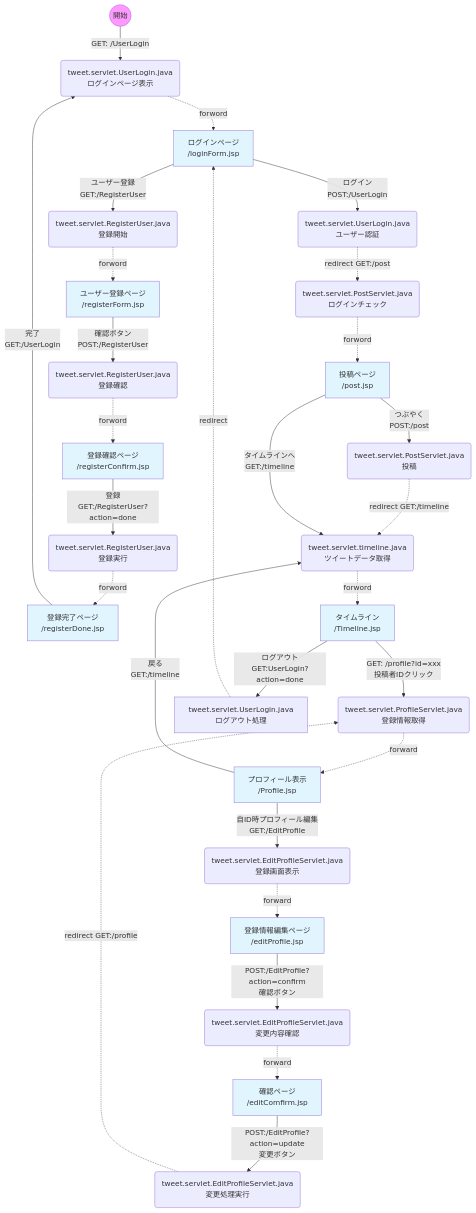
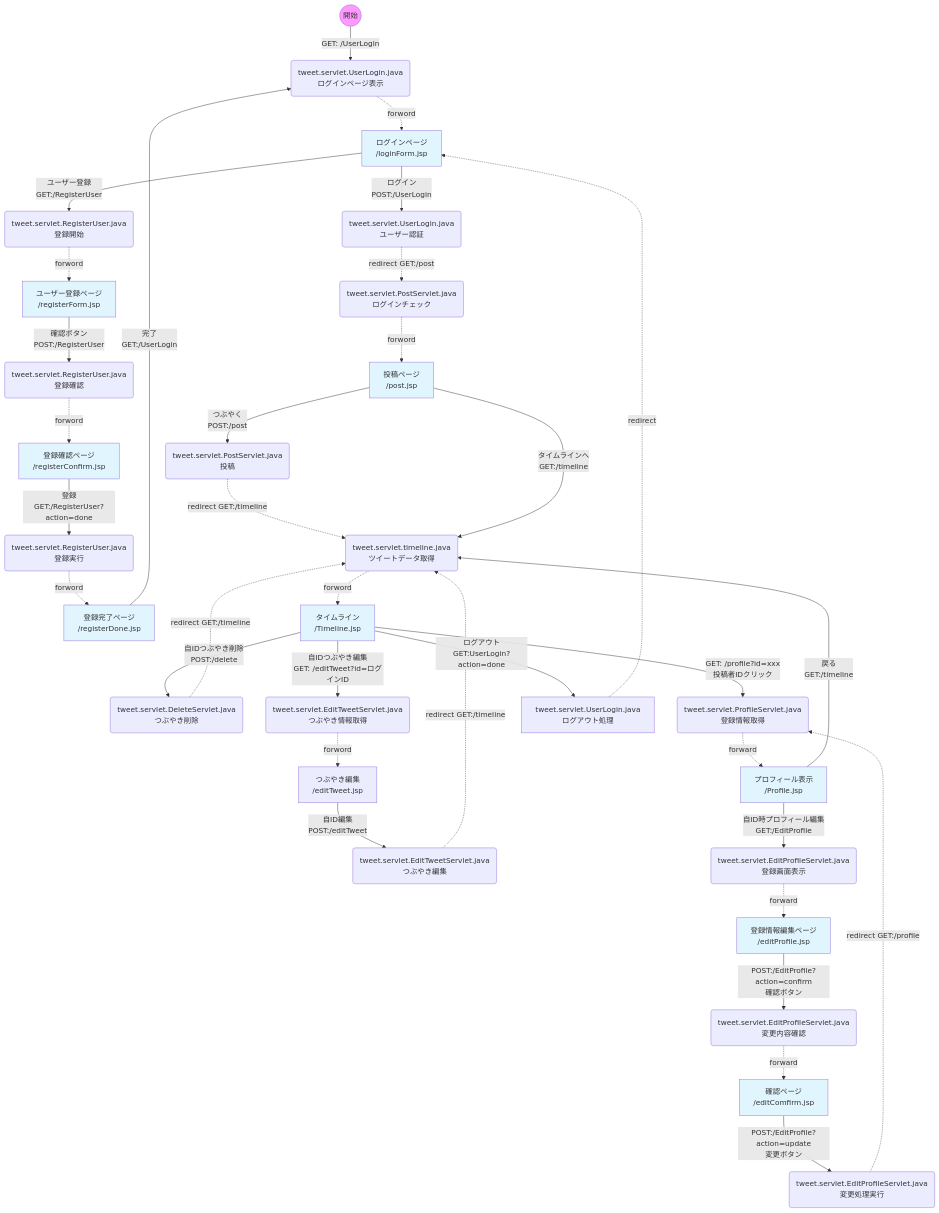
Before and after one commit to LineTeo/MapTweet: the second of 2 diagrams in README.md, drawn with Mermaid. The commit also changed other lines of this file, not shown here.

````diff
--- a/README.md
+++ b/README.md
@@ -163,49 +154,55 @@
 ```mermaid
 graph TD
-    %% 認証・登録フロー
-    Start((開始)) -->|GET: /UserLogin|login1(tweet.servlet.UserLogin.java<br/>ログインページ表示) 
-    login1-.->|forword|Login[ログインページ<br/>/loginForm.jsp]
-    Login -->|ユーザー登録<br/>GET:/RegisterUser|register1(tweet.servlet.RegisterUser.java<br/>登録開始)
-    register1 -.->|forword|Register[ユーザー登録ページ<br/>/registerForm.jsp]
-    Register -->|確認ボタン<br/>POST:/RegisterUser|register2(tweet.servlet.RegisterUser.java<br/>登録確認)
-    register2 -.->|forword|RegConfirm[登録確認ページ<br/>/registerConfirm.jsp]
-    RegConfirm -->|登録<br/>GET:/RegisterUser?action=done|register3(tweet.servlet.RegisterUser.java<br/>登録実行)
-    register3 -.->|forword|RegComplete[登録完了ページ<br/>/registerDone.jsp]
-    RegComplete -->|完了<br/>GET:/UserLogin| login1
-    Login -->|ログイン<br/>POST:/UserLogin|login2(tweet.servlet.UserLogin.java<br/>ユーザー認証)
-    login2-.->|redirect GET:/post|post1(tweet.servlet.PostServlet.java<br/>ログインチェック)
+%% 認証・登録フロー
+Start((開始)) -->|GET: /UserLogin|login1(tweet.servlet.UserLogin.java<br/>ログインページ表示)
+login1-.->|forword|Login[ログインページ<br/>/loginForm.jsp]
+Login -->|ユーザー登録<br/>GET:/RegisterUser|register1(tweet.servlet.RegisterUser.java<br/>登録開始)
+register1 -.->|forword|Register[ユーザー登録ページ<br/>/registerForm.jsp]
+Register -->|確認ボタン<br/>POST:/RegisterUser|register2(tweet.servlet.RegisterUser.java<br/>登録確認)
+register2 -.->|forword|RegConfirm[登録確認ページ<br/>/registerConfirm.jsp]
+RegConfirm -->|登録<br/>GET:/RegisterUser?action=done|register3(tweet.servlet.RegisterUser.java<br/>登録実行)
+register3 -.->|forword|RegComplete[登録完了ページ<br/>/registerDone.jsp]
+RegComplete -->|完了<br/>GET:/UserLogin| login1
+Login -->|ログイン<br/>POST:/UserLogin|login2(tweet.servlet.UserLogin.java<br/>ユーザー認証)
+login2-.->|redirect GET:/post|post1(tweet.servlet.PostServlet.java<br/>ログインチェック)
 
-    %% メイン機能
-    post1-.->|forword|Main[投稿ページ<br/>/post.jsp]
-    Main -->|つぶやく<br/>POST:/post|post2(tweet.servlet.PostServlet.java<br/>投稿)
-    post2-.->|redirect GET:/timeline|timeline
-    Main -->|タイムラインへ<br/>GET:/timeline|timeline(tweet.servlet.timeline.java<br/>ツイートデータ取得)
-    timeline-.->|forword|Timeline[タイムライン<br/>/Timeline.jsp]
+%% メイン機能
+post1-.->|forword|Main[投稿ページ<br/>/post.jsp]
+Main -->|つぶやく<br/>POST:/post|post2(tweet.servlet.PostServlet.java<br/>投稿)
+post2-.->|redirect GET:/timeline|timeline
+Main -->|タイムラインへ<br/>GET:/timeline|timeline(tweet.servlet.timeline.java<br/>ツイートデータ取得)
+timeline-.->|forword|Timeline[タイムライン<br/>/Timeline.jsp]
+Timeline -->|自IDつぶやき削除<br/>POST:/delete| delete(tweet.servlet.DeleteServlet.java<br/>つぶやき削除)
+delete -.->|redirect GET:/timeline|timeline
+Timeline -->|自IDつぶやき編集<br/>GET: /editTweet?id=ログインID| edittweet1(tweet.servlet.EditTweetServlet.java<br/>つぶやき情報取得)
+edittweet1-.->|forword|EditTweet[つぶやき編集<br/>/editTweet.jsp]
+EditTweet-->|自ID編集<br/>POST:/editTweet|edittweet2(tweet.servlet.EditTweetServlet.java<br/>つぶやき編集)
+edittweet2-.->|redirect GET:/timeline|timeline
 
-    %% プロフィール関連
-    Timeline -->|GET: /profile?id=xxx<br/>投稿者IDクリック| profile(tweet.servlet.ProfileServlet.java<br/>登録情報取得)
-    profile-.->|forward|Profile[プロフィール表示<br/>/Profile.jsp]
-    Profile-->|戻る<br/>GET:/timeline| timeline
-    Profile-->|自ID時プロフィール編集<br/>GET:/EditProfile|editprofile1(tweet.servlet.EditProfileServlet.java<br/>登録画面表示)
-    editprofile1-.->|forward| ProfEdit[登録情報編集ページ<br/>/editProfile.jsp]
-    ProfEdit -->|POST:/EditProfile?action=confirm<br/>確認ボタン|editprofile2(tweet.servlet.EditProfileServlet.java<br/>変更内容確認)
-    editprofile2-.->|forward| EditConfirm[確認ページ<br/>/editComfirm.jsp]
-    EditConfirm -->|POST:/EditProfile?action=update<br/>変更ボタン|editprofile3(tweet.servlet.EditProfileServlet.java<br/>変更処理実行)
-    editprofile3-.->|redirect GET:/profile| profile
+%% プロフィール関連
+Timeline -->|GET: /profile?id=xxx<br/>投稿者IDクリック| profile(tweet.servlet.ProfileServlet.java<br/>登録情報取得)
+profile-.->|forward|Profile[プロフィール表示<br/>/Profile.jsp]
+Profile-->|戻る<br/>GET:/timeline| timeline
+Profile-->|自ID時プロフィール編集<br/>GET:/EditProfile|editprofile1(tweet.servlet.EditProfileServlet.java<br/>登録画面表示)
+editprofile1-.->|forward| ProfEdit[登録情報編集ページ<br/>/editProfile.jsp]
+ProfEdit -->|POST:/EditProfile?action=confirm<br/>確認ボタン|editprofile2(tweet.servlet.EditProfileServlet.java<br/>変更内容確認)
+editprofile2-.->|forward| EditConfirm[確認ページ<br/>/editComfirm.jsp]
+EditConfirm -->|POST:/EditProfile?action=update<br/>変更ボタン|editprofile3(tweet.servlet.EditProfileServlet.java<br/>変更処理実行)
+editprofile3-.->|redirect GET:/profile| profile
 
-    %% ログアウト
-    Timeline -->|ログアウト<br/>GET:UserLogin?action=done| login3[tweet.servlet.UserLogin.java<br/>ログアウト処理]
-    login3 -.->|redirect|Login[ログインページ<br/>/loginForm.jsp]
+%% ログアウト
+Timeline -->|ログアウト<br/>GET:UserLogin?action=done| login3[tweet.servlet.UserLogin.java<br/>ログアウト処理]
+login3 -.->|redirect|Login[ログインページ<br/>/loginForm.jsp]
 
-    %% デザイン調整
-    style Start fill:#f9f
-    style Login fill:#e1f5fe
-    style Register fill:#e1f5fe
-    style RegConfirm fill:#e1f5fe
-    style RegComplete fill:#e1f5fe
-    style Main  fill:#e1f5fe
-    style Timeline fill:#e1f5fe
-    style Profile fill:#e1f5fe
-    style ProfEdit  fill:#e1f5fe
-    style EditConfirm fill:#e1f5fe
+%% デザイン調整
+style Start fill:#f9f
+style Login fill:#e1f5fe
+style Register fill:#e1f5fe
+style RegConfirm fill:#e1f5fe
+style RegComplete fill:#e1f5fe
+style Main  fill:#e1f5fe
+style Timeline fill:#e1f5fe
+style Profile fill:#e1f5fe
+style ProfEdit  fill:#e1f5fe
+style EditConfirm fill:#e1f5fe
 ```
````
